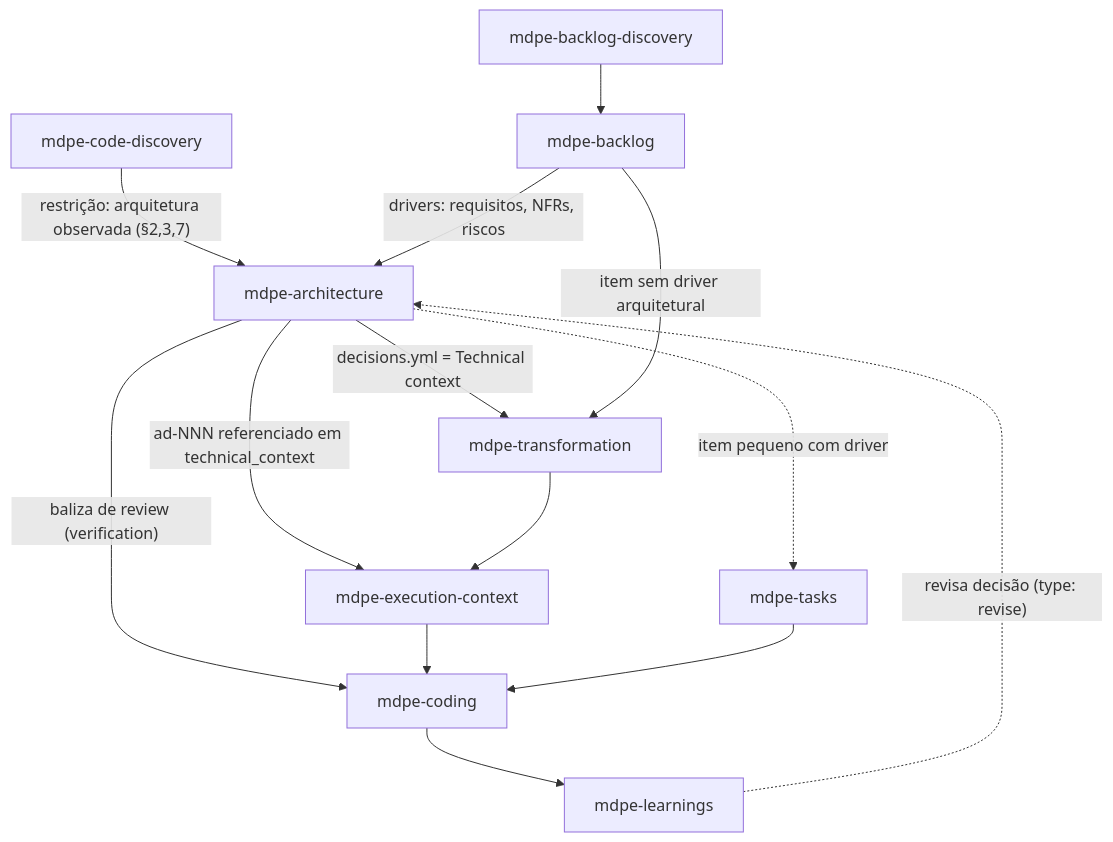
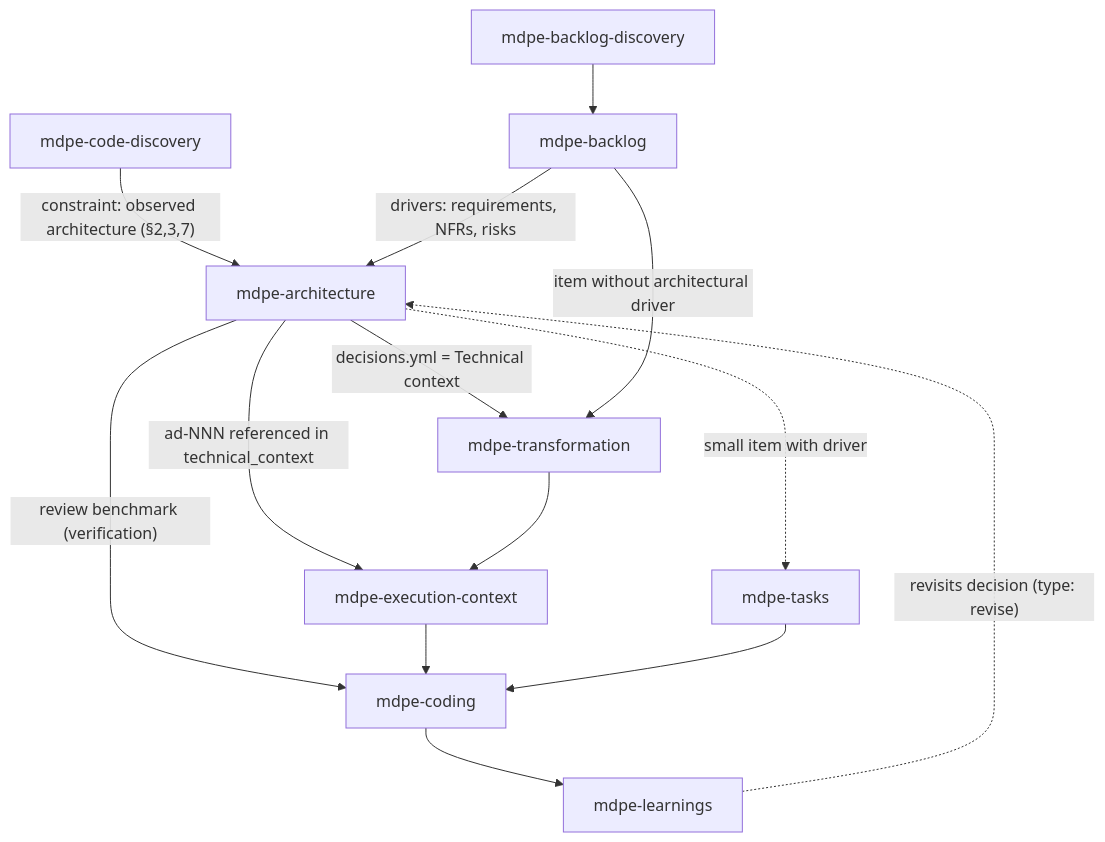
Before and after one commit to kallebelins/mdpe-skills: the diagram in docs/adr/adr-002-architecture-skill.md, drawn with Mermaid. The commit also changed other lines of this file and 15 other files, not shown here.

````diff
--- a/docs/adr/adr-002-architecture-skill.md
+++ b/docs/adr/adr-002-architecture-skill.md
@@ -63,14 +64,14 @@
 ```mermaid
 graph TD
     D[mdpe-backlog-discovery] --> B[mdpe-backlog]
-    CD[mdpe-code-discovery] -->|"restrição: arquitetura observada (§2,3,7)"| A
-    B -->|"drivers: requisitos, NFRs, riscos"| A[mdpe-architecture]
+    CD[mdpe-code-discovery] -->|"constraint: observed architecture (§2,3,7)"| A
+    B -->|"drivers: requirements, NFRs, risks"| A[mdpe-architecture]
     A -->|"decisions.yml = Technical context"| T[mdpe-transformation]
-    A -->|"ad-NNN referenciado em technical_context"| EC[mdpe-execution-context]
-    A -->|"baliza de review (verification)"| C[mdpe-coding]
-    A -.->|"item pequeno com driver"| MT[mdpe-tasks]
-    B -->|"item sem driver arquitetural"| T
+    A -->|"ad-NNN referenced in technical_context"| EC[mdpe-execution-context]
+    A -->|"review benchmark (verification)"| C[mdpe-coding]
+    A -.->|"small item with driver"| MT[mdpe-tasks]
+    B -->|"item without architectural driver"| T
     T --> EC --> C --> L[mdpe-learnings]
     MT --> C
-    L -.->|"revisa decisão (type: revise)"| A
+    L -.->|"revisits decision (type: revise)"| A
 ```
````
